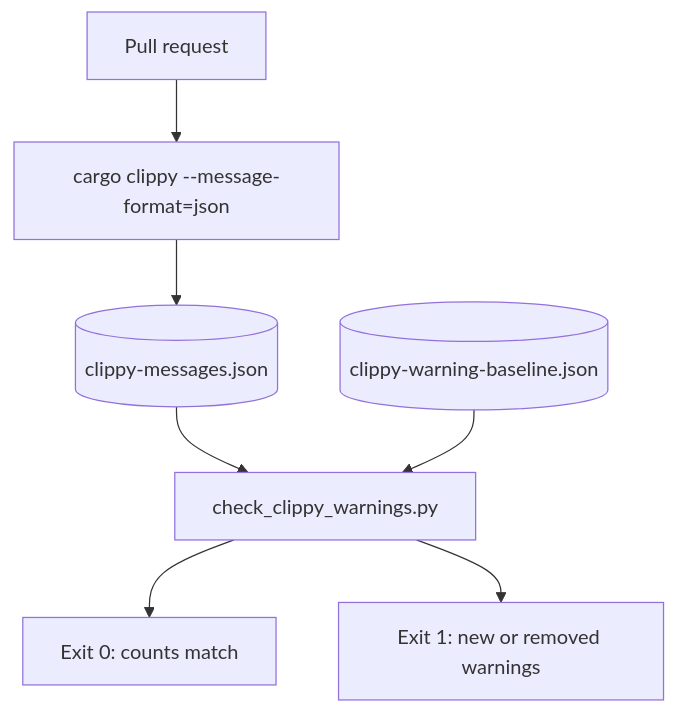
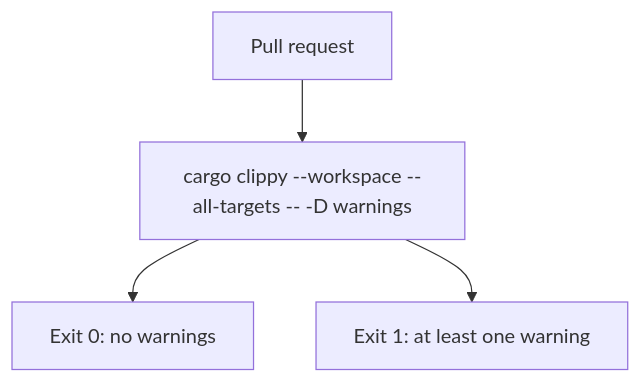
Before and after one commit to SteelCrab/firecrab: the diagram in public-docs/ci.md, drawn with Mermaid. The commit also changed other lines of this file and 5 other files, not shown here.

First line of the commit message:
ci: fail on any Clippy warning instead of tracking a baseline

````diff
--- a/public-docs/ci.md
+++ b/public-docs/ci.md
@@ -10,14 +9,10 @@
 ```mermaid
 flowchart TB
     PR["Pull request"]
-    Clippy["cargo clippy --message-format=json"]
-    Messages[("clippy-messages.json")]
-    Gate["check_clippy_warnings.py"]
-    Baseline[("clippy-warning-baseline.json")]
-    Pass["Exit 0: counts match"]
-    Fail["Exit 1: new or removed warnings"]
-    PR --> Clippy --> Messages --> Gate
-    Baseline --> Gate
-    Gate --> Pass
-    Gate --> Fail
+    Clippy["cargo clippy --workspace --all-targets -- -D warnings"]
+    Pass["Exit 0: no warnings"]
+    Fail["Exit 1: at least one warning"]
+    PR --> Clippy
+    Clippy --> Pass
+    Clippy --> Fail
 ```
````
